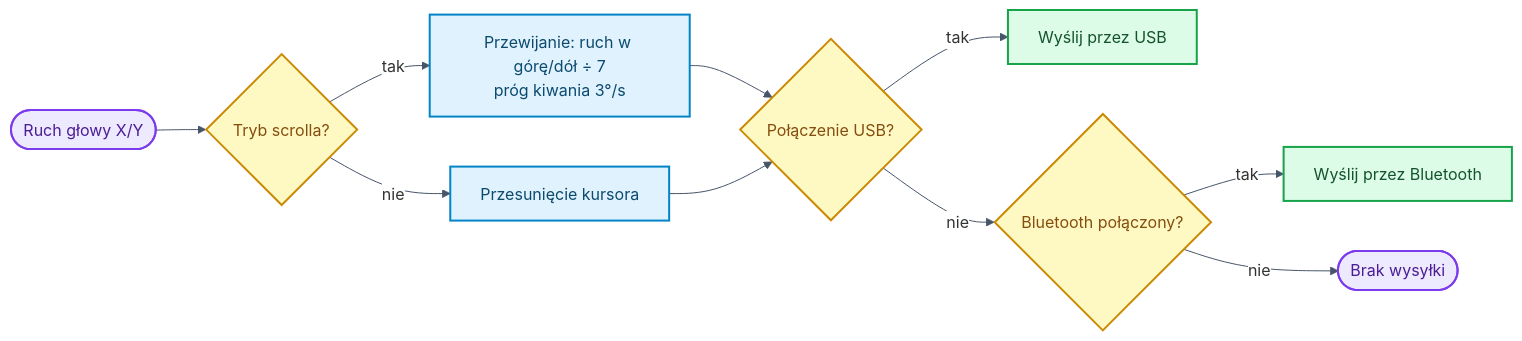
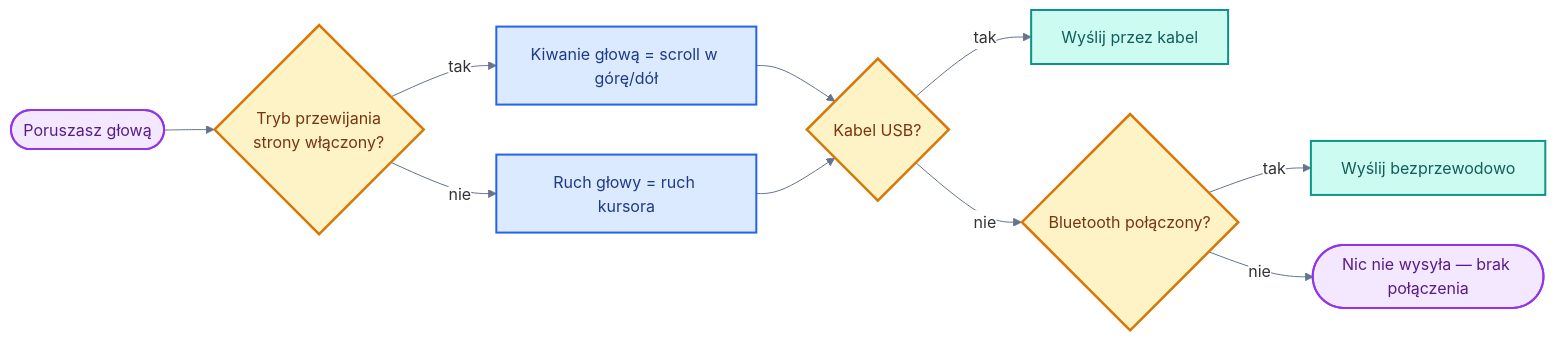
One commit to bartkadres-ai/HEFAS-4.0 changed the tenth of 10 diagrams in README.md. Above: the diagram before and after it, drawn with Mermaid. The commit also changed other lines of this file, not shown here.

````diff
--- a/README.md
+++ b/README.md
@@ -650,22 +674,22 @@
 ```mermaid
-%%{init: { 'theme': 'default', 'themeVariables': { 'darkMode': false, 'background': '#ffffff', 'mainBkg': '#ffffff', 'primaryColor': '#ffffff', 'secondaryColor': '#ffffff', 'tertiaryColor': '#ffffff', 'primaryTextColor': '#1e293b', 'lineColor': '#475569', 'clusterBkg': '#f8fafc', 'clusterBorder': '#cbd5e1', 'edgeLabelBackground': '#ffffff', 'noteBkgColor': '#f8fafc', 'noteTextColor': '#475569' }}}%%
+%%{init: { 'theme': 'default', 'themeVariables': { 'darkMode': false, 'background': '#ffffff', 'mainBkg': '#ffffff', 'primaryColor': '#ffffff', 'secondaryColor': '#ffffff', 'tertiaryColor': '#ffffff', 'primaryTextColor': '#1e293b', 'secondaryTextColor': '#334155', 'lineColor': '#64748b', 'primaryBorderColor': '#94a3b8', 'clusterBkg': '#f1f5f9', 'clusterBorder': '#94a3b8', 'edgeLabelBackground': '#ffffff', 'noteBkgColor': '#f8fafc', 'noteTextColor': '#475569', 'fontFamily': 'arial' }}}%%
 flowchart LR
-    R([Ruch głowy X/Y]) --> SC{Tryb scrolla?}
-    SC -->|tak| WH["Przewijanie: ruch w górę/dół ÷ 7<br/>próg kiwania 3°/s"]
-    SC -->|nie| MV[Przesunięcie kursora]
-    WH --> CH{Połączenie USB?}
+    R([Poruszasz głową]) --> SC{Tryb przewijania<br/>strony włączony?}
+    SC -->|tak| WH[Kiwanie głową = scroll w górę/dół]
+    SC -->|nie| MV[Ruch głowy = ruch kursora]
+    WH --> CH{Kabel USB?}
     MV --> CH
-    CH -->|tak| UM[Wyślij przez USB]
+    CH -->|tak| UM[Wyślij przez kabel]
     CH -->|nie| BM{Bluetooth połączony?}
-    BM -->|tak| BL[Wyślij przez Bluetooth]
-    BM -->|nie| X([Brak wysyłki])
+    BM -->|tak| BL[Wyślij bezprzewodowo]
+    BM -->|nie| X([Nic nie wysyła — brak połączenia])
 
-    classDef startEnd fill:#ede9fe,stroke:#7c3aed,stroke-width:2px,color:#4c1d95
-    classDef process fill:#e0f2fe,stroke:#0284c7,stroke-width:2px,color:#0c4a6e
-    classDef decision fill:#fef9c3,stroke:#ca8a04,stroke-width:2px,color:#854d0e
-    classDef io fill:#dcfce7,stroke:#16a34a,stroke-width:2px,color:#14532d
+    classDef startEnd fill:#f3e8ff,stroke:#9333ea,stroke-width:2px,color:#581c87
+    classDef process fill:#dbeafe,stroke:#2563eb,stroke-width:2px,color:#1e3a8a
+    classDef decision fill:#fef3c7,stroke:#d97706,stroke-width:2.5px,color:#78350f
+    classDef connect fill:#ccfbf1,stroke:#0d9488,stroke-width:2px,color:#115e59
     class R,X startEnd
     class WH,MV process
     class SC,CH,BM decision
-    class UM,BL io
+    class UM,BL connect
 ```
````
